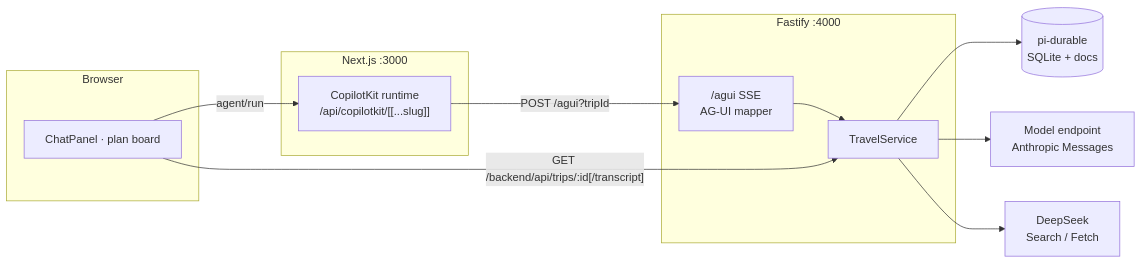
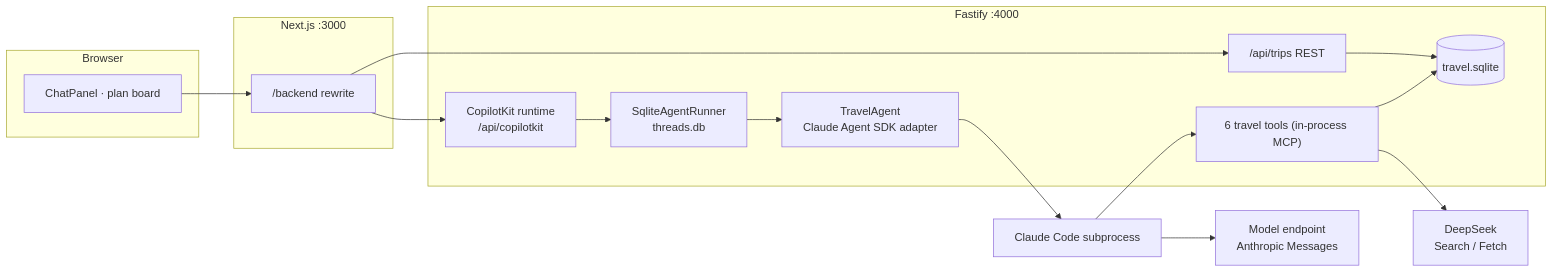
The diagram in README.md (sunwei3126/travel_agent), drawn with Mermaid before and after one commit. The commit also changed other lines of this file and 10 other files, not shown here.

Commit message:
docs: update acceptance scripts, README and dependency policy for the Claude Agent SDK backend

````diff
--- a/README.md
+++ b/README.md
@@ -38,24 +39,26 @@
 ```mermaid
 flowchart LR
   subgraph Browser
     UI["ChatPanel · plan board"]
   end
   subgraph Next["Next.js :3000"]
-    RT["CopilotKit runtime<br/>/api/copilotkit/[[...slug]]"]
+    PX["/backend rewrite"]
   end
   subgraph Server["Fastify :4000"]
-    AGUI["/agui SSE<br/>AG-UI mapper"]
-    SVC["TravelService"]
+    RT["CopilotKit runtime<br/>/api/copilotkit"]
+    RUN["SqliteAgentRunner<br/>threads.db"]
+    AG["TravelAgent<br/>Claude Agent SDK adapter"]
+    TOOLS["6 travel tools (in-process MCP)"]
+    DB[("travel.sqlite")]
+    REST["/api/trips REST"]
   end
-  D[("pi-durable<br/>SQLite + docs")]
+  CC["Claude Code subprocess"]
   M["Model endpoint<br/>Anthropic Messages"]
   S["DeepSeek<br/>Search / Fetch"]
 
-  UI -->|"agent/run"| RT
-  RT -->|"POST /agui?tripId"| AGUI
-  AGUI --> SVC
-  SVC --> D
-  SVC --> M
-  SVC --> S
-  UI -->|"GET /backend/api/trips/:id[/transcript]"| SVC
+  UI --> PX --> RT --> RUN --> AG
+  AG --> CC --> M
+  CC --> TOOLS --> DB
+  TOOLS --> S
+  PX --> REST --> DB
 ```
````
